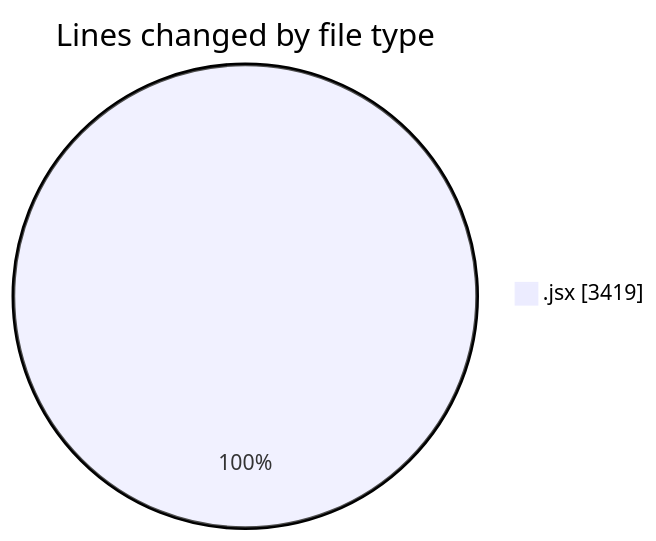
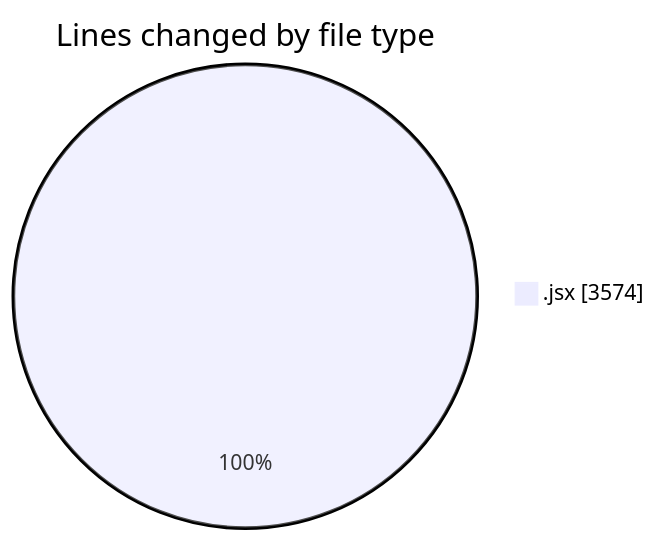
The first of 2 diagrams in 2025-05-12/argos-dev/README.md (nxtqubesakshisongat/code-tracking), drawn with Mermaid before and after one commit. The commit also changed other lines of this file and 1 other file, not shown here.

````diff
--- a/2025-05-12/argos-dev/README.md
+++ b/2025-05-12/argos-dev/README.md
@@ -26,5 +26,5 @@
 ```mermaid
 pie showData
 title Lines changed by file type
-".jsx" : 3419
+".jsx" : 3574
 ```
````
